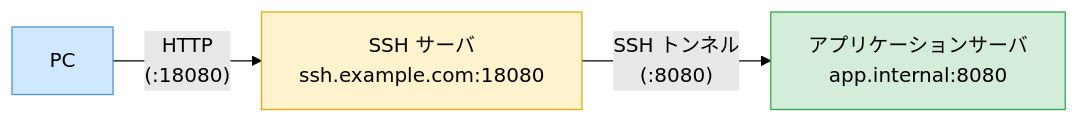
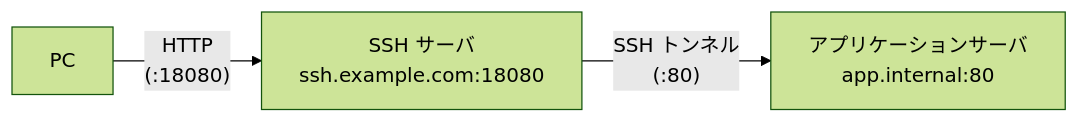
Before and after one commit to nynaka/tech-note: the second of 2 diagrams in docs/server/ssh/ssh_port_foward.md, drawn with Mermaid (forest theme). The commit also changed other lines of this file and 3 other files, not shown here.

````diff
--- a/docs/server/ssh/ssh_port_foward.md
+++ b/docs/server/ssh/ssh_port_foward.md
@@ -68,13 +107,9 @@
 ```mermaid
 graph LR
     PC["PC"]
     SSH["SSH サーバ\nssh.example.com:18080"]
-    APP["アプリケーションサーバ\napp.internal:8080"]
+    APP["アプリケーションサーバ\napp.internal:80"]
 
     PC -->|"HTTP\n(:18080)"| SSH
-    SSH -->|"SSH トンネル\n(:8080)"| APP
-
-    style PC fill:#d0e8ff,stroke:#4a90d9
-    style SSH fill:#fff3cd,stroke:#f0a500
-    style APP fill:#d4edda,stroke:#28a745
+    SSH -->|"SSH トンネル\n(:80)"| APP
 ```
````
